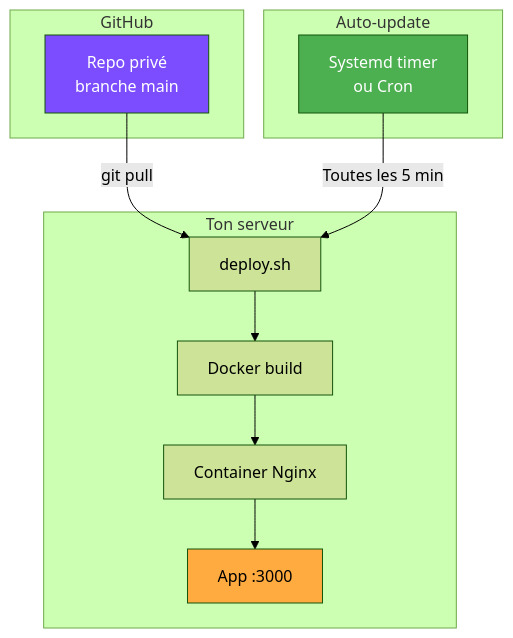
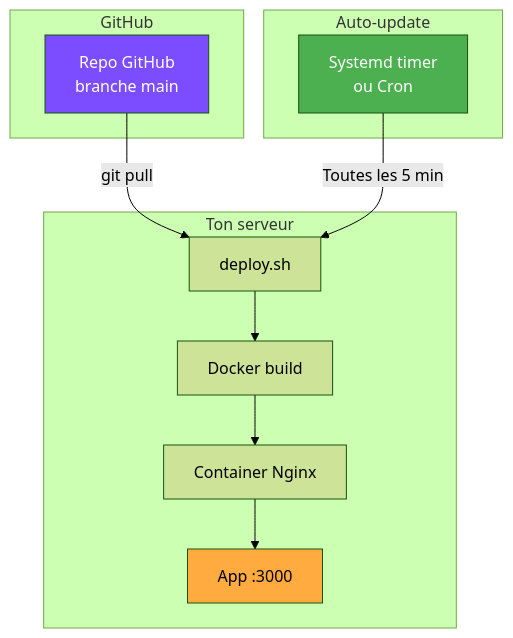
One commit to Jefedi/Nathan-dash changed the diagram in docs/deploiement/index.md. Above: the diagram before and after it, drawn with Mermaid (forest theme). The commit also changed 7 other files, not shown here.

First line of the commit message:
fix: adapter pour repo public — supprimer les références au token GitHub

````diff
--- a/docs/deploiement/index.md
+++ b/docs/deploiement/index.md
@@ -13,27 +13,27 @@
 ```mermaid
 graph TB
     subgraph "GitHub"
-        A[Repo privé<br>branche main]
+        A[Repo GitHub<br>branche main]
     end
 
     subgraph "Ton serveur"
         B[deploy.sh]
         C[Docker build]
         D[Container Nginx]
         E["App :3000"]
     end
 
     subgraph "Auto-update"
         F[Systemd timer<br>ou Cron]
     end
 
     A -->|git pull| B
     B --> C
     C --> D
     D --> E
     F -->|Toutes les 5 min| B
 
     style A fill:#7c4dff,color:#fff
     style E fill:#ffab40,color:#000
     style F fill:#4caf50,color:#fff
 ```
````
